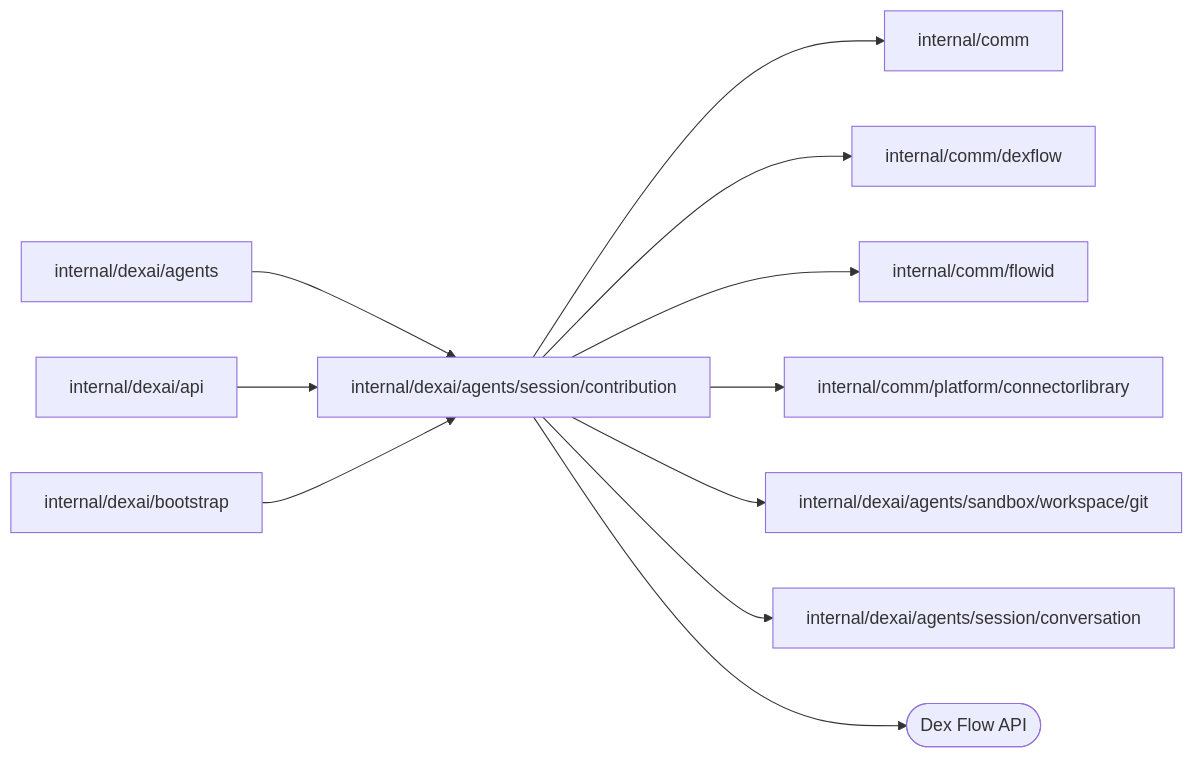
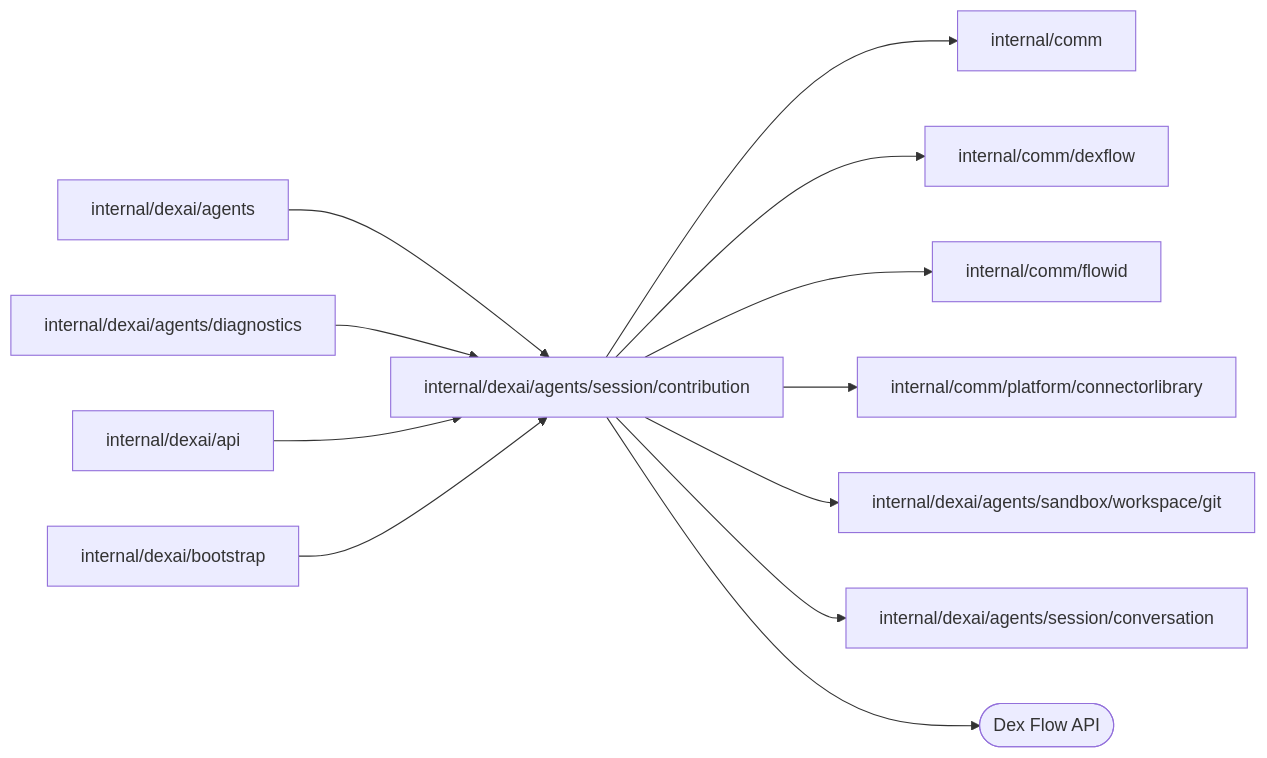
Before and after one commit to superdurable/superverse: the diagram in internal/dexai/agents/session/contribution/README.md, drawn with Mermaid. The commit also changed other lines of this file and 43 other files, not shown here.

````diff
--- a/internal/dexai/agents/session/contribution/README.md
+++ b/internal/dexai/agents/session/contribution/README.md
@@ -10,14 +10,15 @@
 ```mermaid
 flowchart LR
   self["internal/dexai/agents/session/contribution"]
   c0["internal/dexai/agents"] --> self
-  c1["internal/dexai/api"] --> self
-  c2["internal/dexai/bootstrap"] --> self
+  c1["internal/dexai/agents/diagnostics"] --> self
+  c2["internal/dexai/api"] --> self
+  c3["internal/dexai/bootstrap"] --> self
   self --> d0["internal/comm"]
   self --> d1["internal/comm/dexflow"]
   self --> d2["internal/comm/flowid"]
   self --> d3["internal/comm/platform/connectorlibrary"]
   self --> d4["internal/dexai/agents/sandbox/workspace/git"]
   self --> d5["internal/dexai/agents/session/conversation"]
   self --> e0(["Dex Flow API"])
 ```
````
